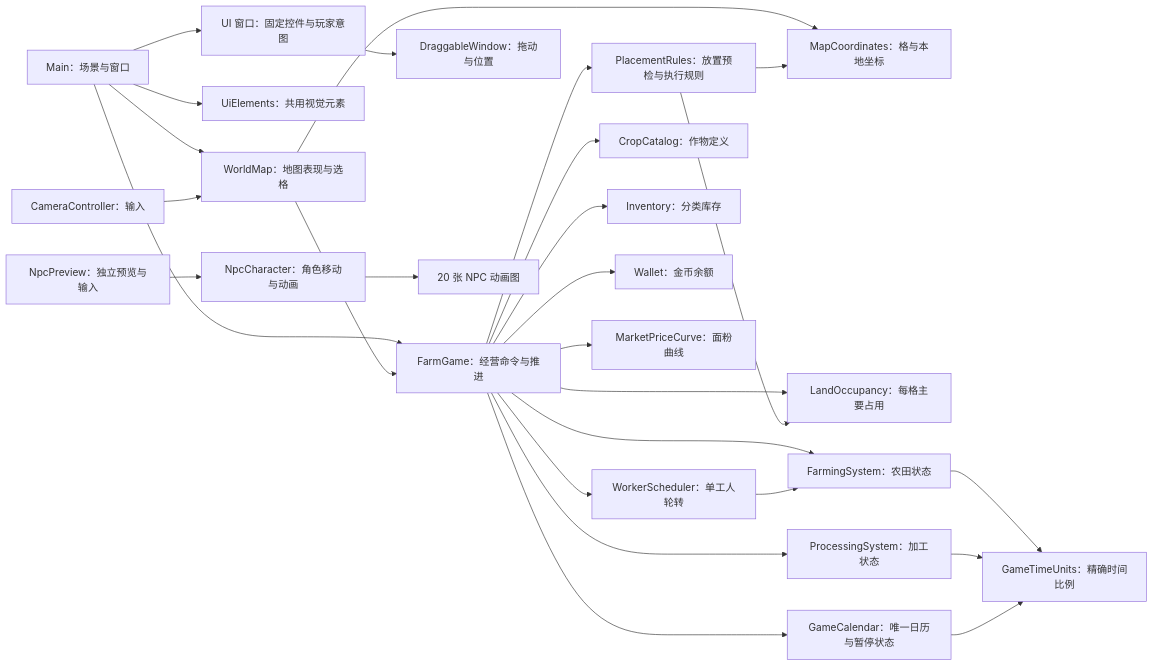
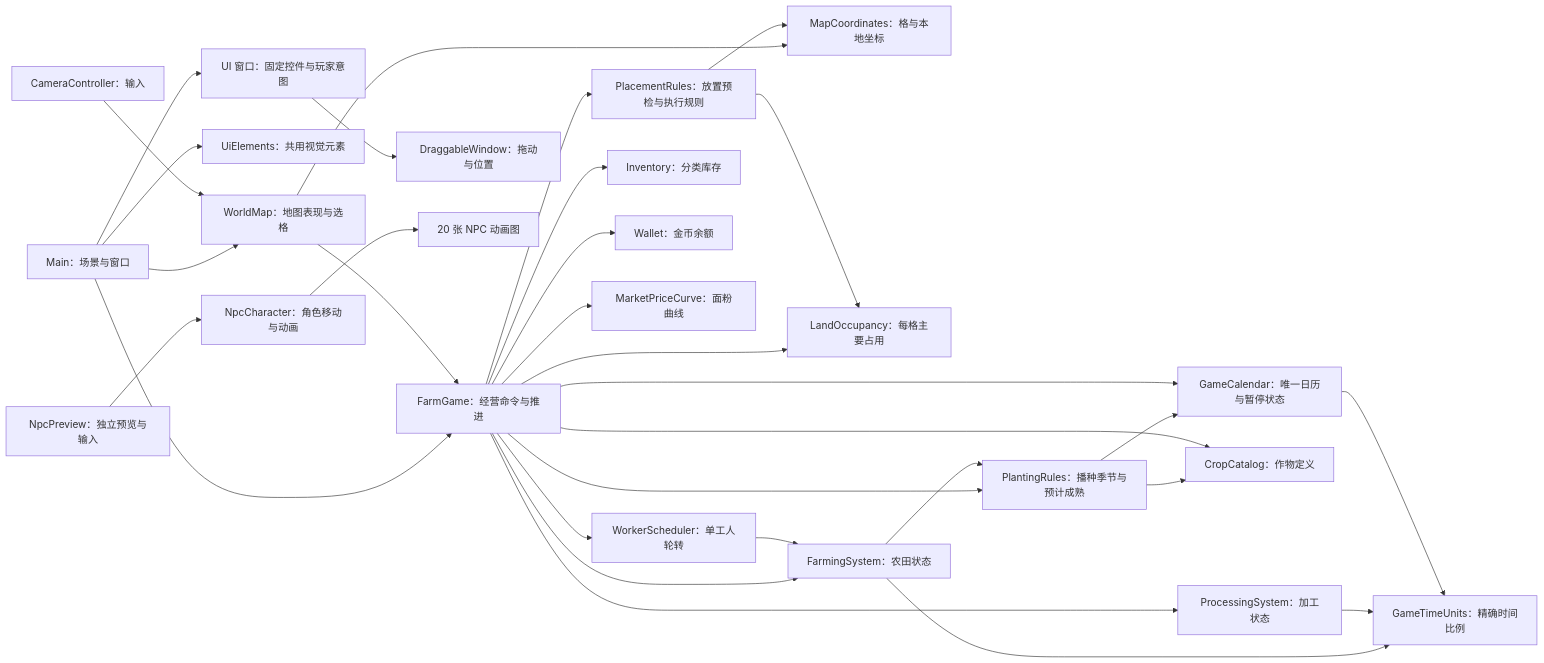
One commit to Fotally/Farm-Exchange changed the diagram in docs/architecture/implementation-system-organization.md. Above: the diagram before and after it, drawn with Mermaid. The commit also changed other lines of this file and 27 other files, not shown here.

````diff
--- a/docs/architecture/implementation-system-organization.md
+++ b/docs/architecture/implementation-system-organization.md
@@ -5,29 +5,33 @@
 ```mermaid
 flowchart LR
     Main[Main：场景与窗口] --> FarmGame[FarmGame：经营命令与推进]
     Main --> UiWindows[UI 窗口：固定控件与玩家意图]
     UiWindows --> DragWindow[DraggableWindow：拖动与位置]
     Main --> UiStyle[UiElements：共用视觉元素]
     Main --> WorldMap[WorldMap：地图表现与选格]
     Camera[CameraController：输入] --> WorldMap
     WorldMap --> MapCoordinates[MapCoordinates：格与本地坐标]
     WorldMap --> FarmGame
     FarmGame --> LandOccupancy[LandOccupancy：每格主要占用]
     FarmGame --> PlacementRules[PlacementRules：放置预检与执行规则]
     PlacementRules --> LandOccupancy
     PlacementRules --> MapCoordinates
     FarmGame --> FarmingSystem[FarmingSystem：农田状态]
+    FarmGame --> PlantingRules[PlantingRules：播种季节与预计成熟]
     FarmGame --> ProcessingSystem[ProcessingSystem：加工状态]
     FarmGame --> WorkerScheduler[WorkerScheduler：单工人轮转]
     WorkerScheduler --> FarmingSystem
+    FarmingSystem --> PlantingRules
+    PlantingRules --> CropCatalog
+    PlantingRules --> GameCalendar
     FarmGame --> CropCatalog[CropCatalog：作物定义]
     FarmGame --> Inventory[Inventory：分类库存]
     FarmGame --> Wallet[Wallet：金币余额]
     FarmGame --> Market[MarketPriceCurve：面粉曲线]
     FarmGame --> GameCalendar[GameCalendar：唯一日历与暂停状态]
     FarmingSystem --> GameTimeUnits[GameTimeUnits：精确时间比例]
     ProcessingSystem --> GameTimeUnits
     GameCalendar --> GameTimeUnits
     NpcPreview[NpcPreview：独立预览与输入] --> NpcCharacter[NpcCharacter：角色移动与动画]
     NpcCharacter --> NpcSheets[20 张 NPC 动画图]
 ```
````
